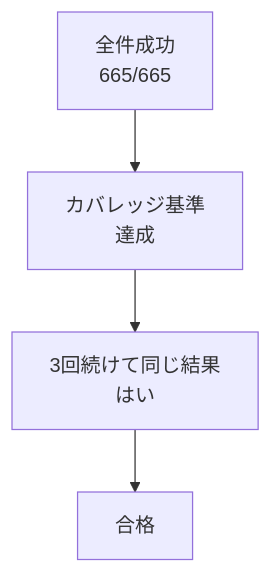
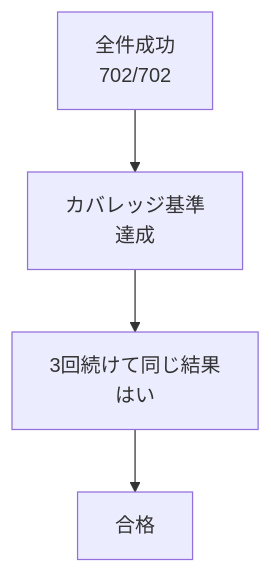
Before and after one commit to pocarialice/rpglearning: the third of 3 diagrams in documents/モジュールテスト結果報告書_RPG学習アプリ.md, drawn with Mermaid. The commit also changed other lines of this file and 1 other file, not shown here.

````diff
--- a/documents/モジュールテスト結果報告書_RPG学習アプリ.md
+++ b/documents/モジュールテスト結果報告書_RPG学習アプリ.md
@@ -1381,6 +1457,6 @@
 ```mermaid
 flowchart TD
-  A["全件成功<br>665/665"] --> B["カバレッジ基準<br>達成"]
+  A["全件成功<br>702/702"] --> B["カバレッジ基準<br>達成"]
   B --> C["3回続けて同じ結果<br>はい"]
   C --> D["合格"]
 ```
````
